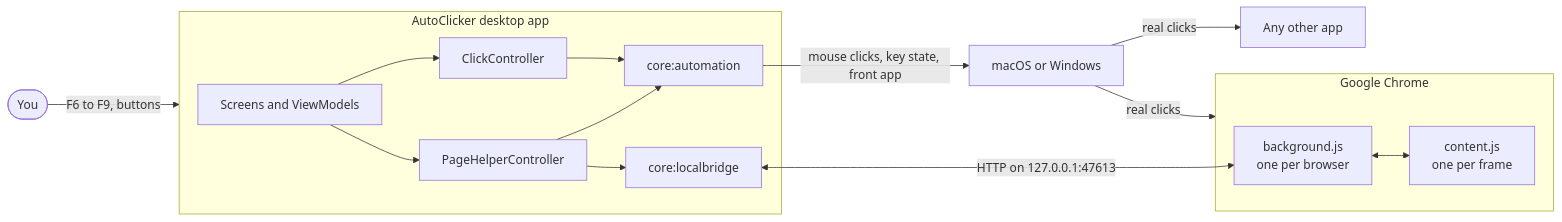
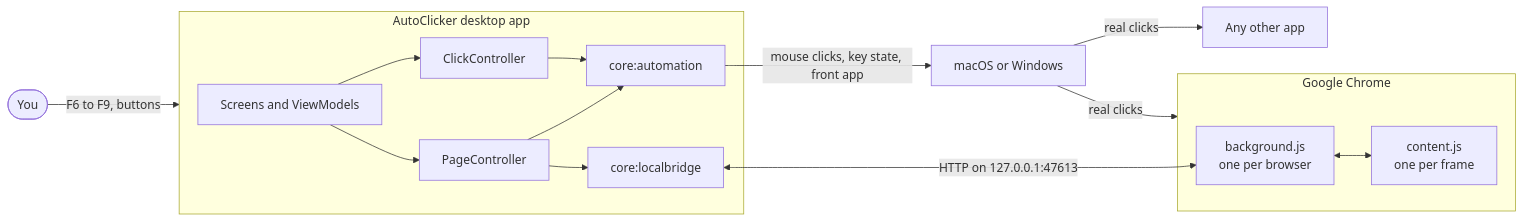
The first of 6 diagrams in private/docs/HOW_IT_WORKS.md (jagdeepnaik/auto-clicker-cmp), drawn with Mermaid before and after one commit. The commit also changed other lines of this file and 46 other files, not shown here.

````diff
--- a/private/docs/HOW_IT_WORKS.md
+++ b/private/docs/HOW_IT_WORKS.md
@@ -42,25 +42,25 @@
 ```mermaid
 flowchart LR
     User([You]) -->|F6 to F9, buttons| App
     subgraph App[AutoClicker desktop app]
         UI[Screens and ViewModels]
         CC[ClickController]
-        PH[PageHelperController]
+        PH[PageController]
         Auto[core:automation]
         Bridge[core:localbridge]
         UI --> CC
         UI --> PH
         CC --> Auto
         PH --> Auto
         PH --> Bridge
     end
     Auto -->|mouse clicks, key state, front app| OS[macOS or Windows]
     OS -->|real clicks| Chrome
     OS -->|real clicks| Other[Any other app]
     subgraph Chrome[Google Chrome]
         BG[background.js<br/>one per browser]
         CS[content.js<br/>one per frame]
         BG <--> CS
     end
     Bridge <-->|HTTP on 127.0.0.1:47613| BG
 ```
````
